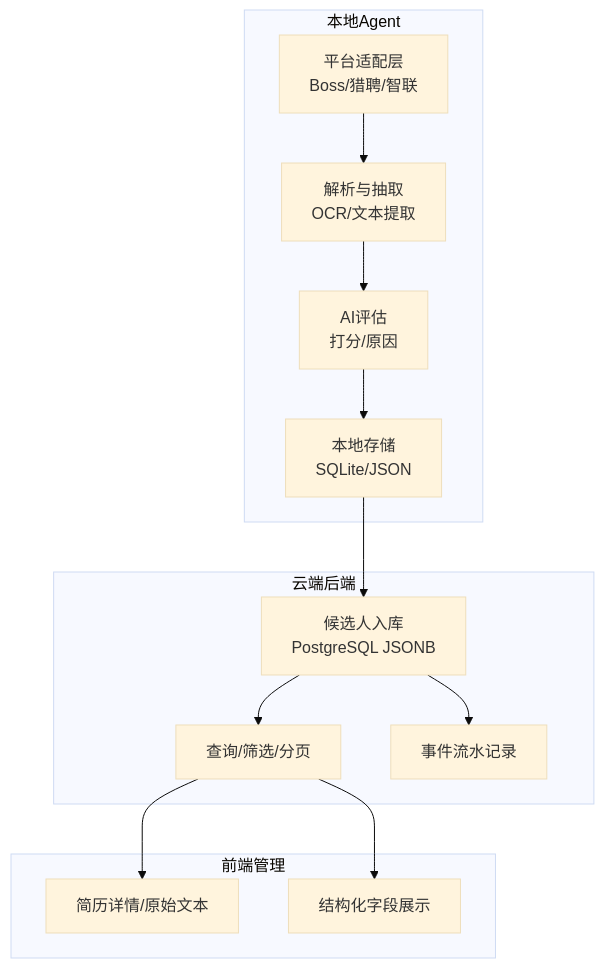
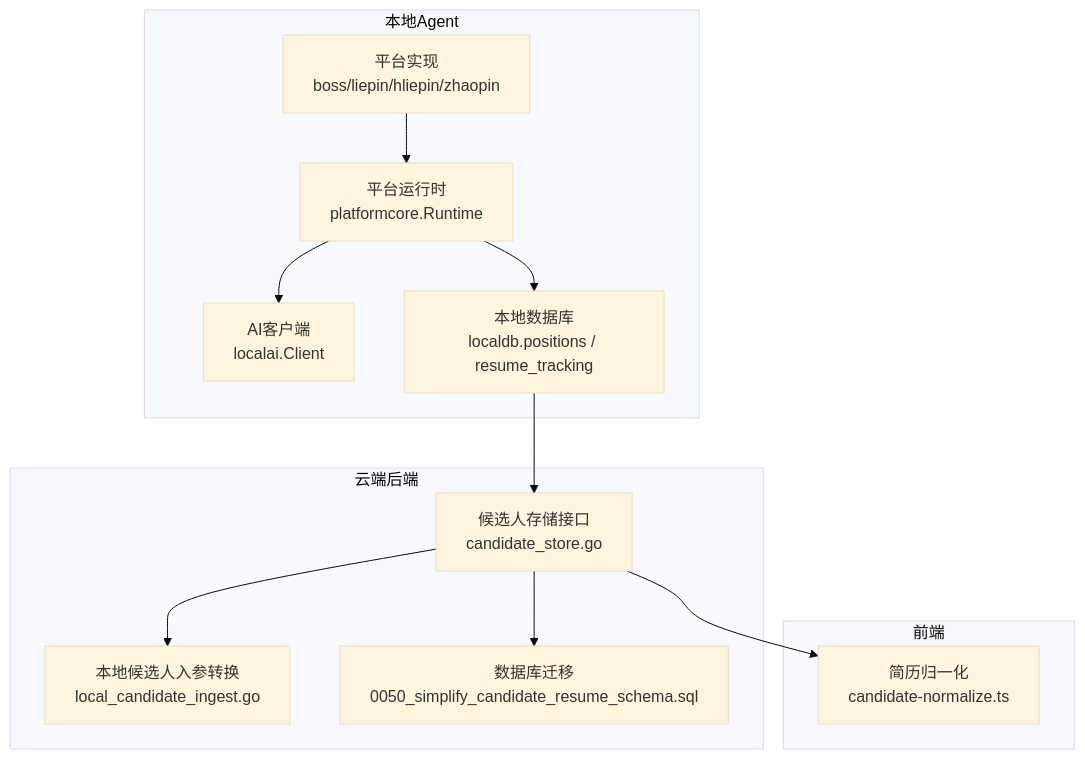
The first of 10 diagrams in .qoder/repowiki/zh/content/本地执行器/AI集成/简历解析处理.md (alvinwangzi/goodhr), drawn with Mermaid (base theme) before and after one commit. The commit also changed other lines of this file and 149 other files, not shown here.

````diff
--- a/.qoder/repowiki/zh/content/本地执行器/AI集成/简历解析处理.md
+++ b/.qoder/repowiki/zh/content/本地执行器/AI集成/简历解析处理.md
@@ -46,24 +48,24 @@
 ```mermaid
 graph TB
 subgraph "本地Agent"
-A["平台适配层<br/>Boss/猎聘/智联"]
-B["解析与抽取<br/>OCR/文本提取"]
-C["AI评估<br/>打分/原因"]
-D["本地存储<br/>SQLite/JSON"]
+A["平台运行时<br/>platformcore.Runtime"]
+B["平台实现<br/>boss/liepin/hliepin/zhaopin"]
+C["AI客户端<br/>localai.Client"]
+D["本地数据库<br/>localdb.positions / resume_tracking"]
 end
 subgraph "云端后端"
-E["候选人入库<br/>PostgreSQL JSONB"]
-F["查询/筛选/分页"]
-G["事件流水记录"]
+E["候选人存储接口<br/>candidate_store.go"]
+F["本地候选人入参转换<br/>local_candidate_ingest.go"]
+G["数据库迁移<br/>0050_simplify_candidate_resume_schema.sql"]
 end
-subgraph "前端管理"
-H["简历详情/原始文本"]
-I["结构化字段展示"]
+subgraph "前端"
+H["简历归一化<br/>candidate-normalize.ts"]
 end
-A --> B --> C --> D
+B --> A
+A --> C
+A --> D
 D --> E
 E --> F
 E --> G
-F --> H
-F --> I
+E --> H
 ```
````
